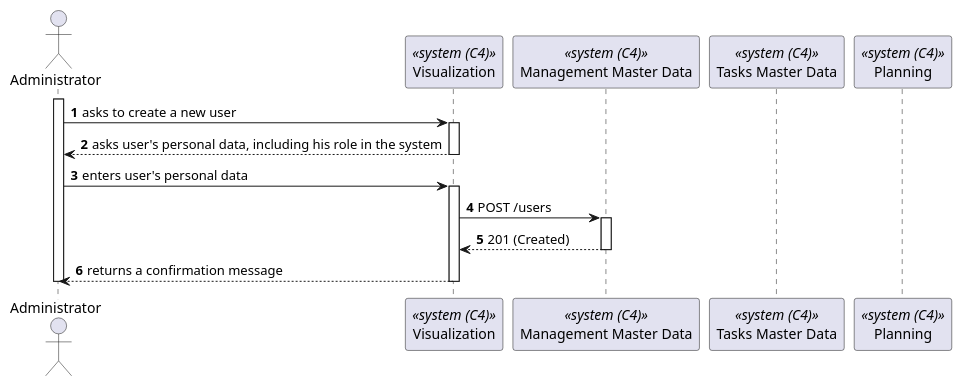
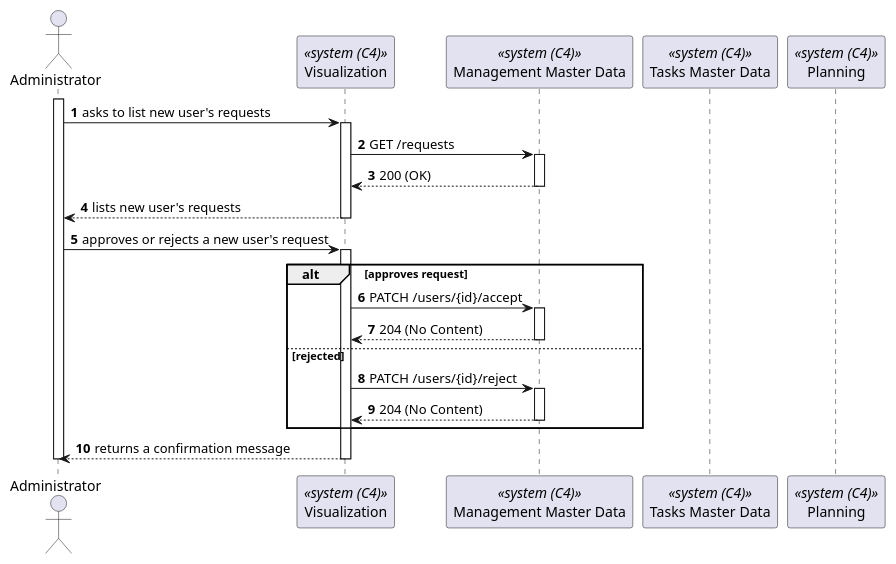
The diagram in _wiki/sprint-c/us-80/views/level-2/process-view.puml (miseEnPlace-dev/lapr5), drawn with PlantUML before and after one commit. The commit also changed 3 other files, not shown here.

```diff
--- a/_wiki/sprint-c/us-80/views/level-2/process-view.puml
+++ b/_wiki/sprint-c/us-80/views/level-2/process-view.puml
@@ -1,29 +1,41 @@
 @startuml process-view
 autonumber
 actor ADM as "Administrator"
 participant UI as "Visualization" <<system (C4)>>
 participant MMD as "Management Master Data" <<system (C4)>>
 participant TMD as "Tasks Master Data" <<system (C4)>>
 participant P as "Planning" <<system (C4)>>
 
 activate ADM
 
-ADM -> UI : asks to create a new user
+ADM -> UI : asks to list new user's requests
 activate UI
-ADM <-- UI : asks user's personal data, including his role in the system
+UI -> MMD : GET /requests
+activate MMD
+MMD --> UI : 200 (OK)
+deactivate MMD
+
+ADM <-- UI : lists new user's requests
 deactivate UI
 
-ADM -> UI : enters user's personal data
+ADM -> UI : approves or rejects a new user's request
 activate UI
 
-UI -> MMD : POST /users
-activate MMD
-MMD --> UI : 201 (Created)
-deactivate MMD
+alt approves request
+    UI -> MMD : PATCH /users/{id}/accept
+    activate MMD
+    MMD --> UI : 204 (No Content)
+    deactivate MMD
+else rejected
+    UI -> MMD : PATCH /users/{id}/reject
+    activate MMD
+    MMD --> UI : 204 (No Content)
+    deactivate MMD
+end
 
 ADM <-- UI : returns a confirmation message
 deactivate UI
 
 deactivate ADM
 
 @enduml
```
